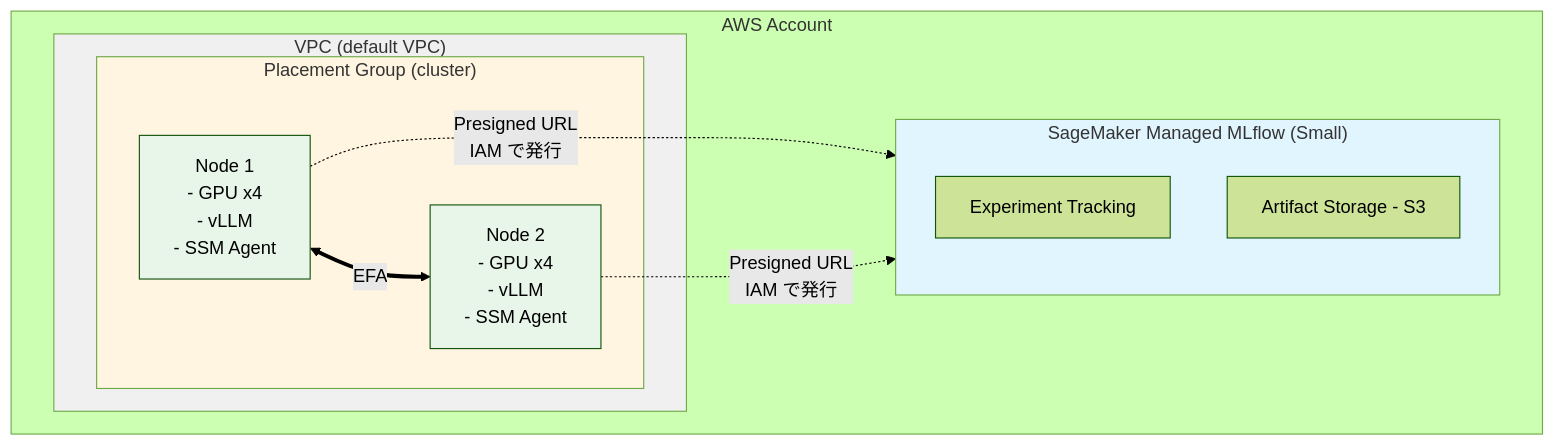
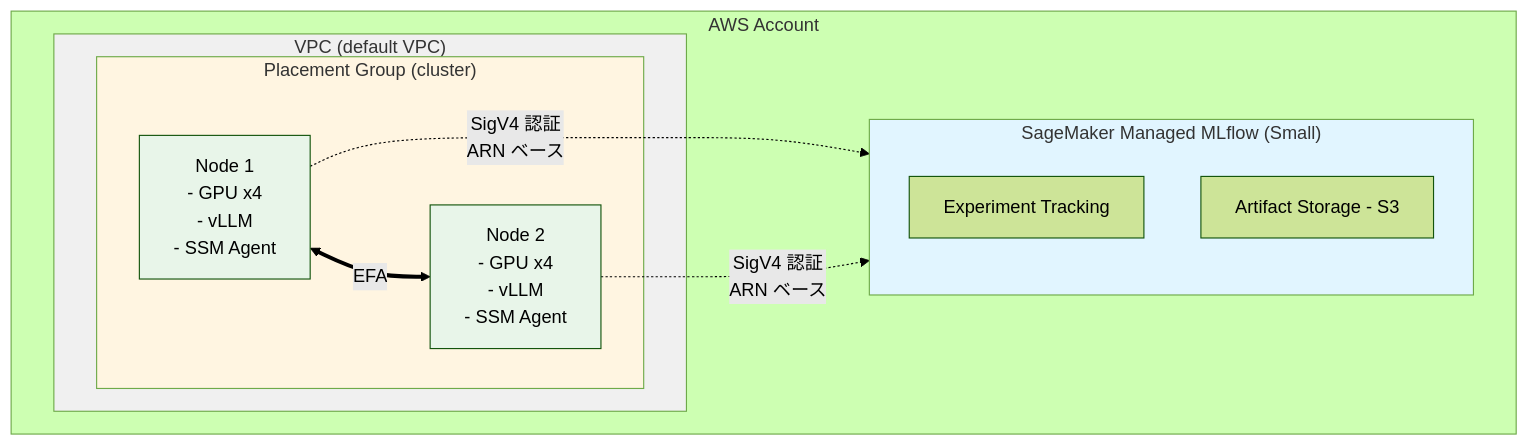
Before and after one commit to littlemex/disaggregated-inference-with-nixl-over-aws-efa: the diagram in blog/01-environment-setup.md, drawn with Mermaid (forest theme). The commit also changed other lines of this file and 18 other files, not shown here.

````diff
--- a/blog/01-environment-setup.md
+++ b/blog/01-environment-setup.md
@@ -31,26 +31,26 @@
 ```mermaid
 graph TB
     subgraph AWS["AWS Account"]
         subgraph MLflow["SageMaker Managed MLflow (Small)"]
             ET[Experiment Tracking]
             S3[Artifact Storage - S3]
         end
 
         subgraph VPC["VPC (default VPC)"]
             subgraph PG["Placement Group (cluster)"]
                 N1["Node 1<br/>- GPU x4<br/>- vLLM<br/>- SSM Agent"]
                 N2["Node 2<br/>- GPU x4<br/>- vLLM<br/>- SSM Agent"]
             end
             N1 <==>|EFA| N2
         end
 
-        N1 -.->|Presigned URL<br/>IAM で発行| MLflow
-        N2 -.->|Presigned URL<br/>IAM で発行| MLflow
+        N1 -.->|SigV4 認証<br/>ARN ベース| MLflow
+        N2 -.->|SigV4 認証<br/>ARN ベース| MLflow
     end
 
     style MLflow fill: #e1f5ff
     style VPC fill: #f0f0f0
     style PG fill: #fff5e1
     style N1 fill: #e8f5e9
     style N2 fill: #e8f5e9
 ```
````
